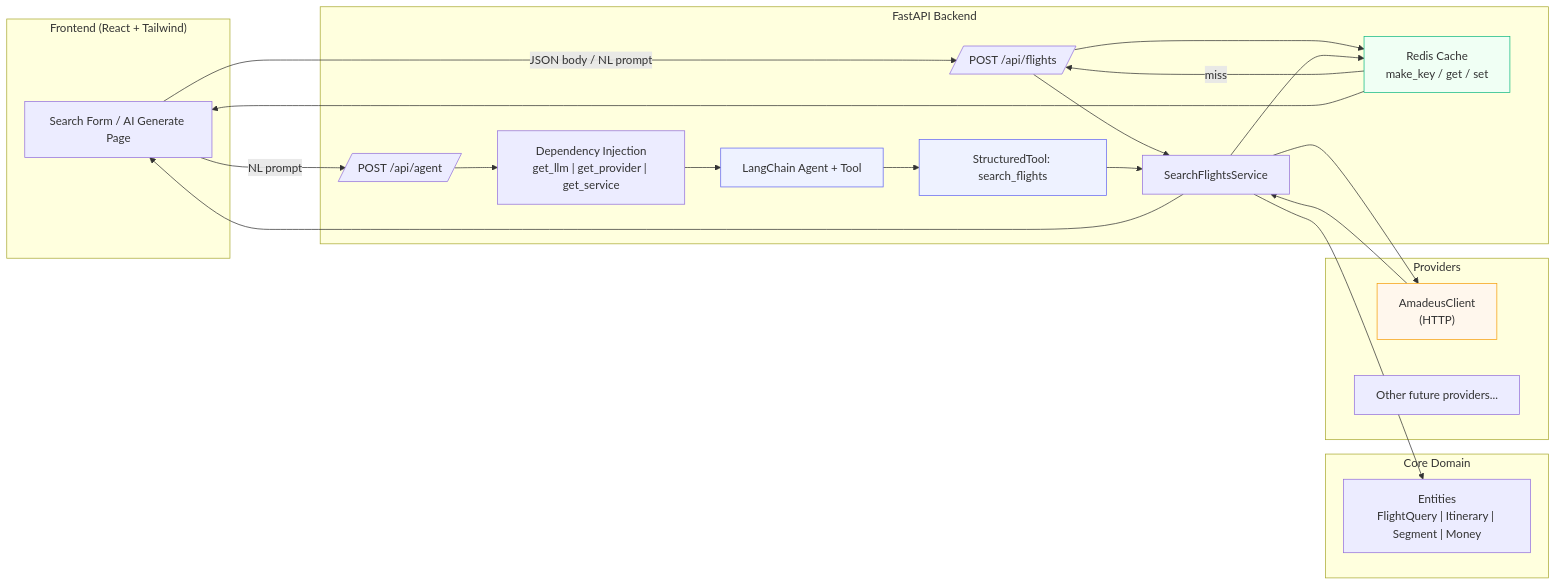
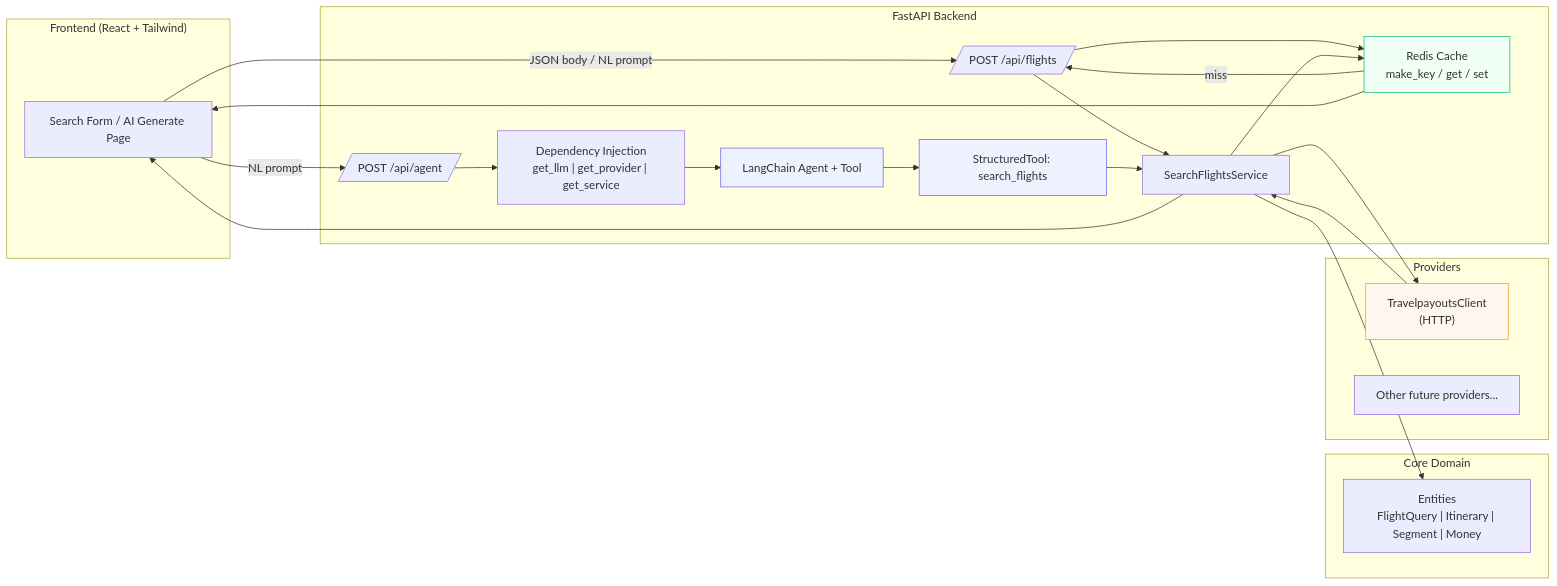
Before and after one commit to richarddanipog/flight-copilot: the first of 3 diagrams in README.md, drawn with Mermaid. The commit also changed other lines of this file, not shown here.

````diff
--- a/README.md
+++ b/README.md
@@ -222,47 +222,47 @@
 ```mermaid
 flowchart LR
   subgraph Client["Frontend (React + Tailwind)"]
     UI["Search Form / AI Generate Page"]
   end
 
   subgraph API["FastAPI Backend"]
     R1[/POST /api/flights/]
     R2[/POST /api/agent/]
     DEPS["Dependency Injection<br/>get_llm | get_provider | get_service"]
     SVC["SearchFlightsService"]
     AGENT["LangChain Agent + Tool"]
     TOOL["StructuredTool: search_flights"]
     CACHE["Redis Cache<br/>make_key / get / set"]
   end
 
   subgraph Domain["Core Domain"]
     ENT["Entities<br/>FlightQuery | Itinerary | Segment | Money"]
   end
 
   subgraph Providers["Providers"]
-    AMA["AmadeusClient<br/>(HTTP)"]
+    AMA["TravelpayoutsClient<br/>(HTTP)"]
     OTHER["Other future providers..."]
   end
 
   %% Flows
   UI -->|JSON body / NL prompt| R1
   UI -->|NL prompt| R2
 
   R1 --> CACHE
   CACHE -- miss --> R1
   R1 --> SVC --> ENT
   SVC --> AMA
   AMA --> SVC
   SVC --> CACHE
   CACHE --> UI
 
   R2 --> DEPS --> AGENT
   AGENT --> TOOL --> SVC
   SVC --> UI
 
   %% Styling
   style CACHE fill:#F0FFF4,stroke:#10B981,stroke-width:1px
   style AGENT fill:#EEF2FF,stroke:#6366F1,stroke-width:1px
   style TOOL fill:#EEF2FF,stroke:#6366F1,stroke-width:1px
   style AMA fill:#FFF7ED,stroke:#F59E0B,stroke-width:1px
 ```
````
